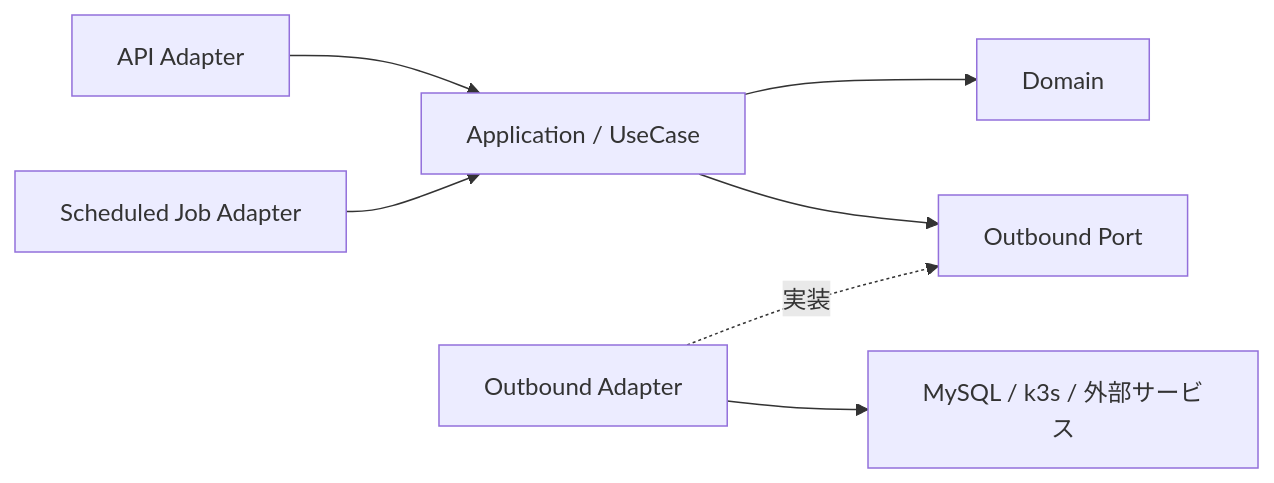
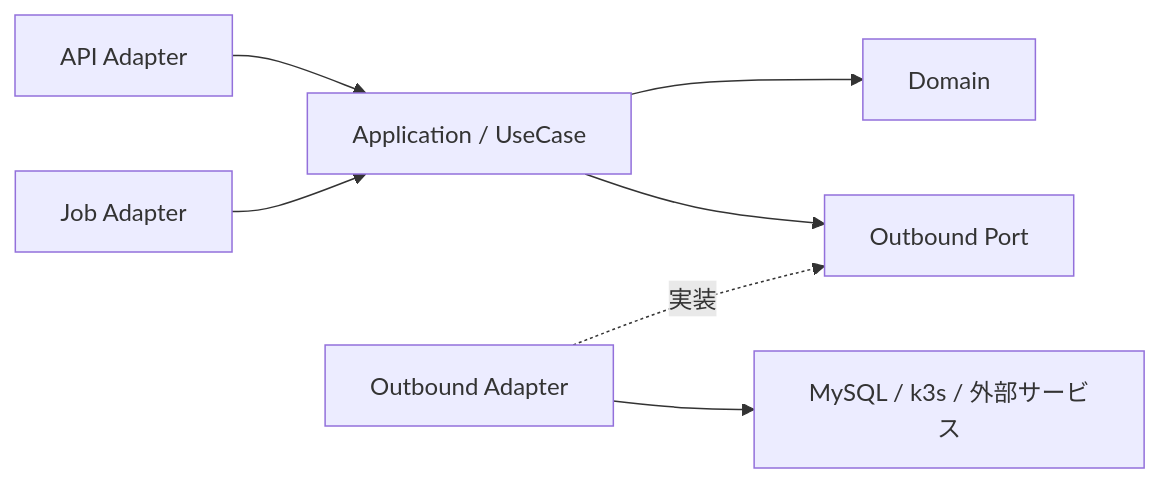
The second of 2 diagrams in docs/architecture.md (yuta15/Niora-API), drawn with Mermaid before and after one commit. The commit also changed other lines of this file and 10 other files, not shown here.

````diff
--- a/docs/architecture.md
+++ b/docs/architecture.md
@@ -67,17 +73,17 @@
 ```mermaid
 flowchart LR
     APIAdapter[API Adapter]
-    ScheduledAdapter[Scheduled Job Adapter]
+    JobAdapter[Job Adapter]
     Application[Application / UseCase]
     Domain[Domain]
     Port[Outbound Port]
     OutboundAdapter[Outbound Adapter]
     External[MySQL / k3s / 外部サービス]
 
     APIAdapter --> Application
-    ScheduledAdapter --> Application
+    JobAdapter --> Application
     Application --> Domain
     Application --> Port
     OutboundAdapter -. 実装 .-> Port
     OutboundAdapter --> External
 ```
````
